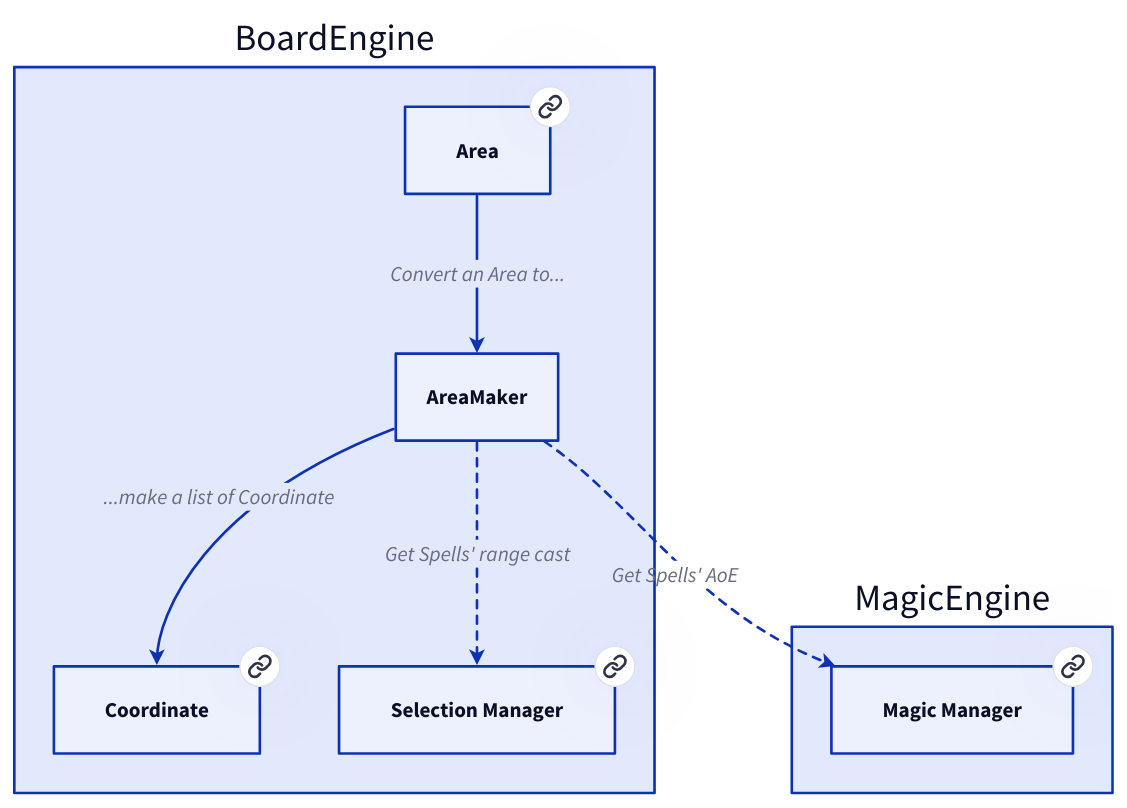
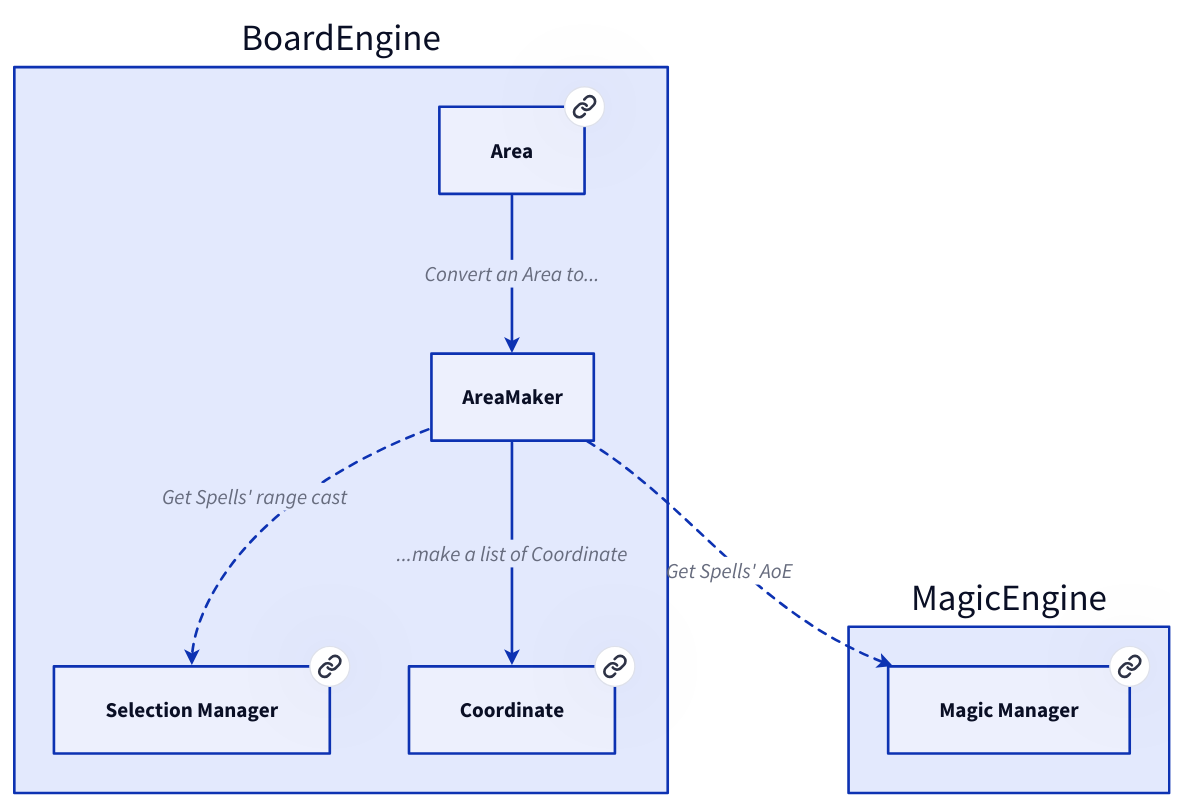
One commit to Portevent/Brume-Documentation changed the diagram in doc/graphs/d2/AreaMaker.d2. Above: the diagram before and after it, drawn with D2. The commit also changed other lines of this file and 79 other files, not shown here.

```diff
--- a/doc/graphs/d2/AreaMaker.d2
+++ b/doc/graphs/d2/AreaMaker.d2
@@ -1,35 +1,35 @@
 # Nodes :
 BoardEngine: {
-    Coordinate: Coordinate {
-       link: Coordinate
+    SelectionManager: Selection Manager {
+       link: SelectionManager
     }
     Area: Area {
        link: Area
     }
-    SelectionManager: Selection Manager {
-       link: SelectionManager
+    Coordinate: Coordinate {
+       link: Coordinate
     }
 }
 MagicEngine: {
     MagicManager: Magic Manager {
        link: MagicManager
     }
 }
 
 # Links :
 BoardEngine.AreaMaker -> BoardEngine.Coordinate: ...make a list of Coordinate {
 source-arrowhead: {}
 target-arrowhead: {shape: arrow}
 }
 BoardEngine.Area -> BoardEngine.AreaMaker: Convert an Area to... {
 source-arrowhead: {}
 target-arrowhead: {shape: arrow}
 }
 BoardEngine.AreaMaker -> MagicEngine.MagicManager: Get Spells' AoE {style.stroke-dash: 3
 source-arrowhead: {}
 target-arrowhead: {shape: arrow}
 }
 BoardEngine.AreaMaker -> BoardEngine.SelectionManager: Get Spells' range cast {style.stroke-dash: 3
 source-arrowhead: {}
 target-arrowhead: {shape: arrow}
 }
```
